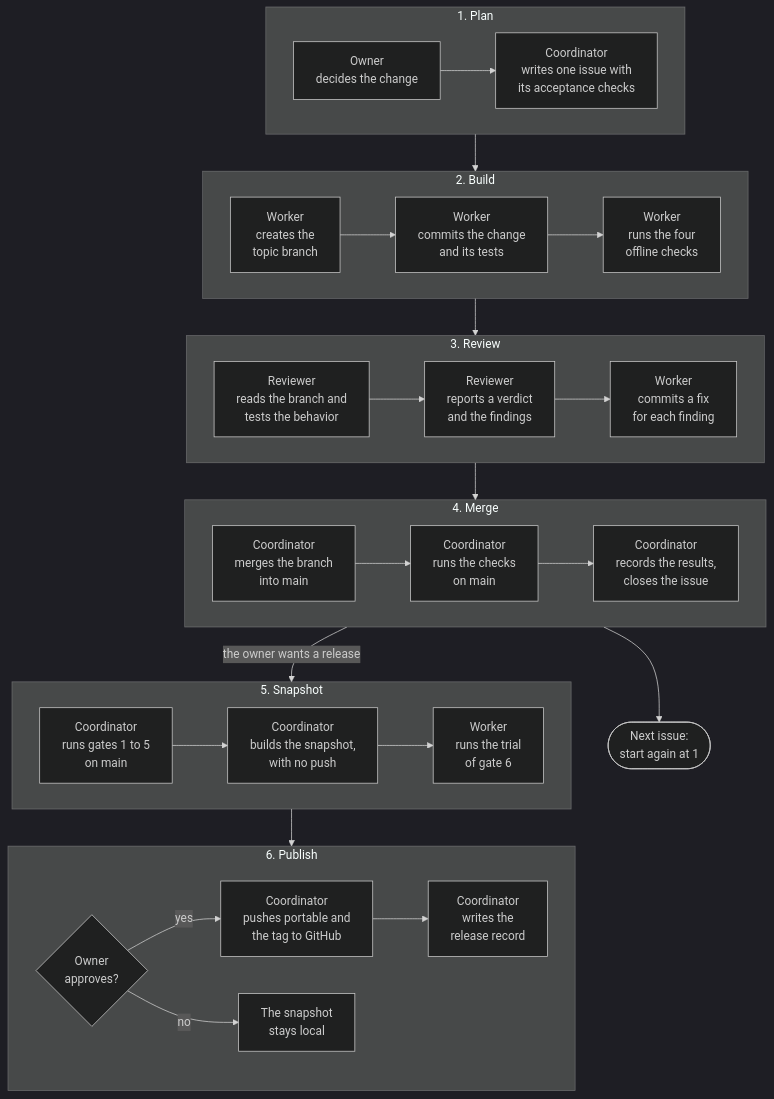
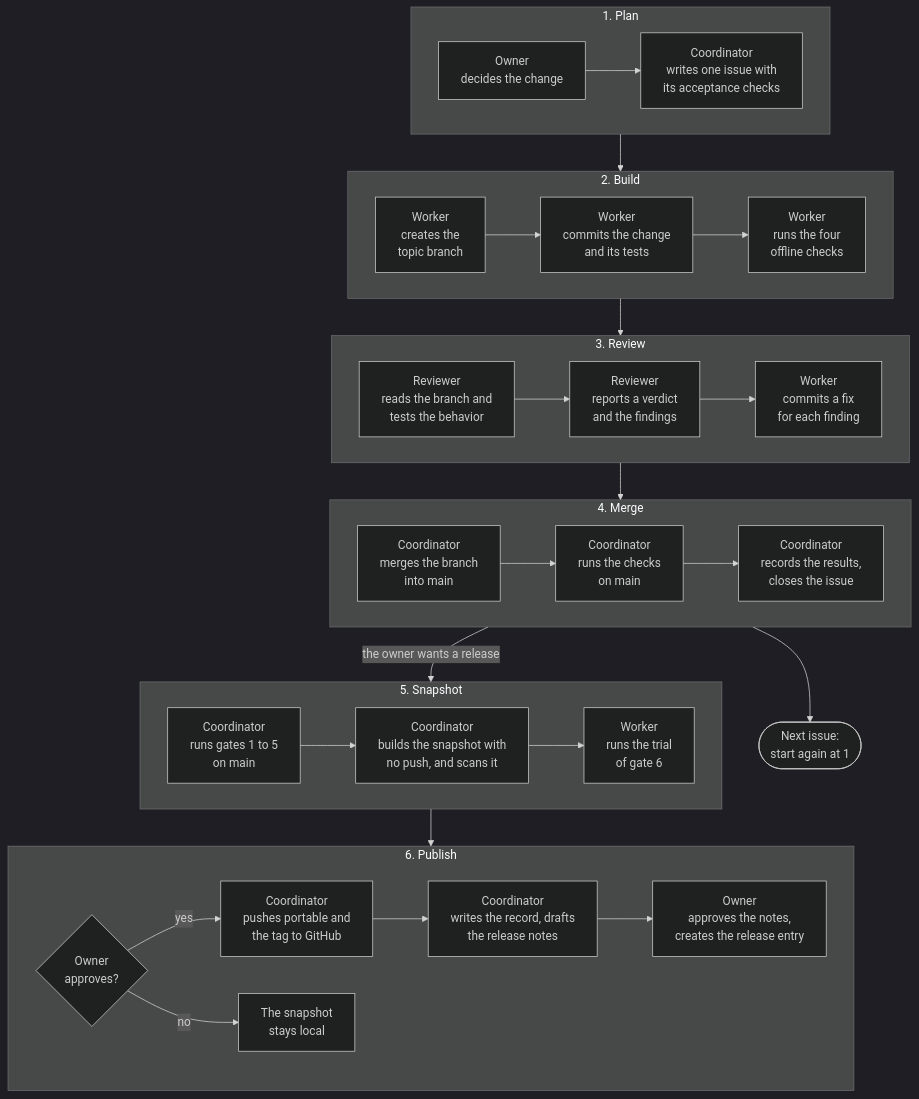
Before and after one commit to ryg40/tenant-docs: the first of 2 diagrams in src/content/docs/tenant-pi/develop/workflow.mdx, drawn with Mermaid (dark theme). The commit also changed other lines of this file and 195 other files, not shown here.

````diff
--- a/src/content/docs/tenant-pi/develop/workflow.mdx
+++ b/src/content/docs/tenant-pi/develop/workflow.mdx
@@ -16,53 +16,54 @@
 ```mermaid
 flowchart TD
     accTitle: The loop from an issue to a portable release
-    accDescr: Six phases from the top to the bottom. Plan, build, review and merge repeat for each issue. The two release phases run when the owner wants a release.
+    accDescr: Six phases from the top to the bottom. Plan, build, review and merge repeat for each issue. The two release phases run when the owner wants a release. The last phase ends with the release entry.
     subgraph Plan["1. Plan"]
         direction LR
         a1["Owner<br/>decides the change"]
         a2["Coordinator<br/>writes one issue with<br/>its acceptance checks"]
         a1 --> a2
     end
     subgraph Build["2. Build"]
         direction LR
         b1["Worker<br/>creates the<br/>topic branch"]
         b2["Worker<br/>commits the change<br/>and its tests"]
         b3["Worker<br/>runs the four<br/>offline checks"]
         b1 --> b2 --> b3
     end
     subgraph Review["3. Review"]
         direction LR
         c1["Reviewer<br/>reads the branch and<br/>tests the behavior"]
         c2["Reviewer<br/>reports a verdict<br/>and the findings"]
         c3["Worker<br/>commits a fix<br/>for each finding"]
         c1 --> c2 --> c3
     end
     subgraph Merge["4. Merge"]
         direction LR
         d1["Coordinator<br/>merges the branch<br/>into main"]
         d2["Coordinator<br/>runs the checks<br/>on main"]
         d3["Coordinator<br/>records the results,<br/>closes the issue"]
         d1 --> d2 --> d3
     end
     subgraph Snapshot["5. Snapshot"]
         direction LR
         e1["Coordinator<br/>runs gates 1 to 5<br/>on main"]
-        e2["Coordinator<br/>builds the snapshot,<br/>with no push"]
+        e2["Coordinator<br/>builds the snapshot with<br/>no push, and scans it"]
         e3["Worker<br/>runs the trial<br/>of gate 6"]
         e1 --> e2 --> e3
     end
     subgraph Publish["6. Publish"]
         direction LR
         f1{"Owner<br/>approves?"}
         f2["Coordinator<br/>pushes portable and<br/>the tag to GitHub"]
-        f3["Coordinator<br/>writes the<br/>release record"]
+        f3["Coordinator<br/>writes the record, drafts<br/>the release notes"]
+        f5["Owner<br/>approves the notes,<br/>creates the release entry"]
         f4["The snapshot<br/>stays local"]
-        f1 -- yes --> f2 --> f3
+        f1 -- yes --> f2 --> f3 --> f5
         f1 -- no --> f4
     end
     N(["Next issue:<br/>start again at 1"])
     Plan --> Build --> Review --> Merge
     Merge --> N
     Merge -- "the owner wants a release" --> Snapshot
     Snapshot --> Publish
 ```
````
